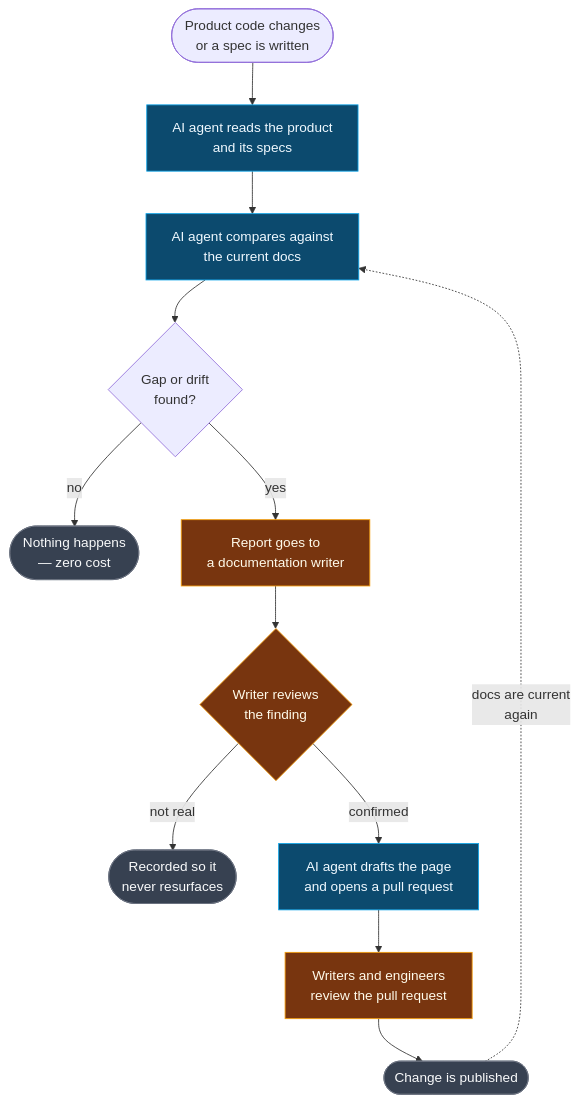
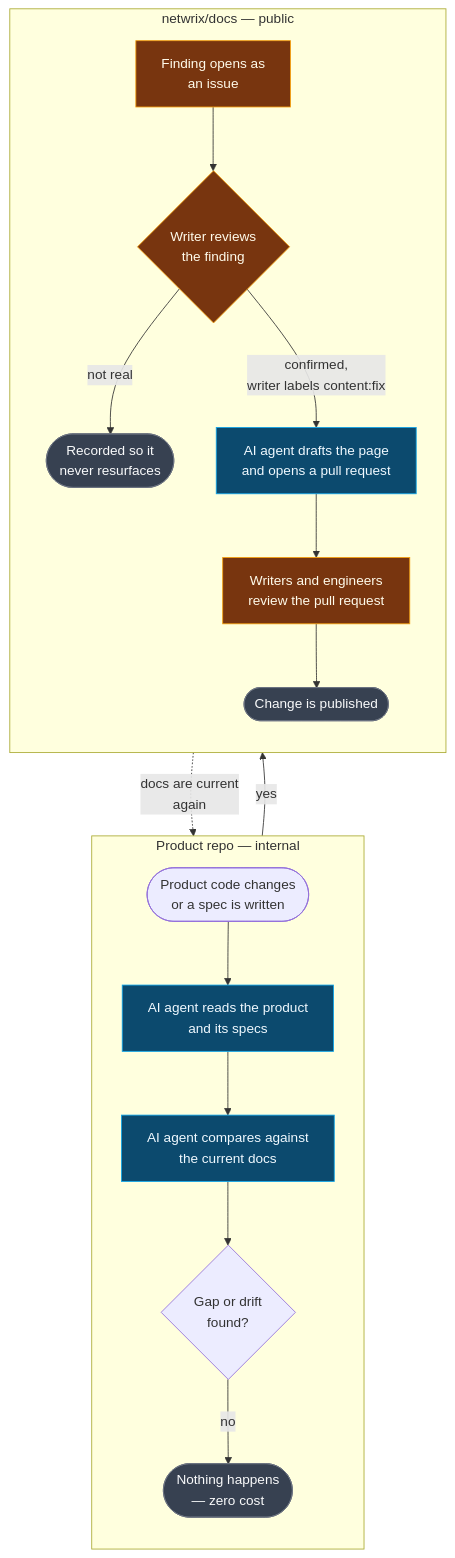
Before and after one commit to netwrix/docs: the first of 7 diagrams in docsync/xchange-article.md, drawn with Mermaid. The commit also changed other lines of this file, not shown here.

Commit message:
Show the repo boundary in the workflow-at-a-glance diagram
Group the loop into two subgraphs so it's explicit that detection
runs in the product's own repo (internal) while the issue, the
draft, the PR, and the publish all happen in netwrix/docs (public)
— no PR is ever opened anywhere else. Caption notes this traces the
merge-triggered path; the on-demand path runs entirely in
netwrix/docs instead.

````diff
--- a/docsync/xchange-article.md
+++ b/docsync/xchange-article.md
@@ -35,21 +37,35 @@
 ```mermaid
 flowchart TB
-  A(["Product code changes<br/>or a spec is written"]) --> B["AI agent reads the product<br/>and its specs"]
-  B --> C["AI agent compares against<br/>the current docs"]
-  C --> D{"Gap or drift<br/>found?"}
-  D -- "no" --> E(["Nothing happens<br/>— zero cost"])
-  D -- "yes" --> F["Report goes to<br/>a documentation writer"]
-  F --> G{"Writer reviews<br/>the finding"}
-  G -- "not real" --> H(["Recorded so it<br/>never resurfaces"])
-  G -- "confirmed" --> I["AI agent drafts the page<br/>and opens a pull request"]
-  I --> J["Writers and engineers<br/>review the pull request"]
-  J --> K(["Change is published"])
+  subgraph PR["Product repo — internal"]
+    direction TB
+    A(["Product code changes<br/>or a spec is written"]) --> B["AI agent reads the product<br/>and its specs"]
+    B --> C["AI agent compares against<br/>the current docs"]
+    C --> D{"Gap or drift<br/>found?"}
+    D -- "no" --> E(["Nothing happens<br/>— zero cost"])
+  end
+
+  subgraph DOCS["netwrix/docs — public"]
+    direction TB
+    F["Finding opens as<br/>an issue"]
+    G{"Writer reviews<br/>the finding"}
+    H(["Recorded so it<br/>never resurfaces"])
+    I["AI agent drafts the page<br/>and opens a pull request"]
+    J["Writers and engineers<br/>review the pull request"]
+    K(["Change is published"])
+    F --> G
+    G -- "not real" --> H
+    G -- "confirmed,<br/>writer labels content:fix" --> I
+    I --> J
+    J --> K
+  end
+
+  D -- "yes" --> F
   K -.->|"docs are current<br/>again"| C
 
   classDef stop fill:#374151,stroke:#6b7280,color:#f9fafb
   classDef human fill:#78350f,stroke:#f59e0b,color:#fffbeb
   classDef ai fill:#0c4a6e,stroke:#0ea5e9,color:#f0f9ff
   class E,H,K stop
   class F,G,J human
   class B,C,I ai
 ```
````
